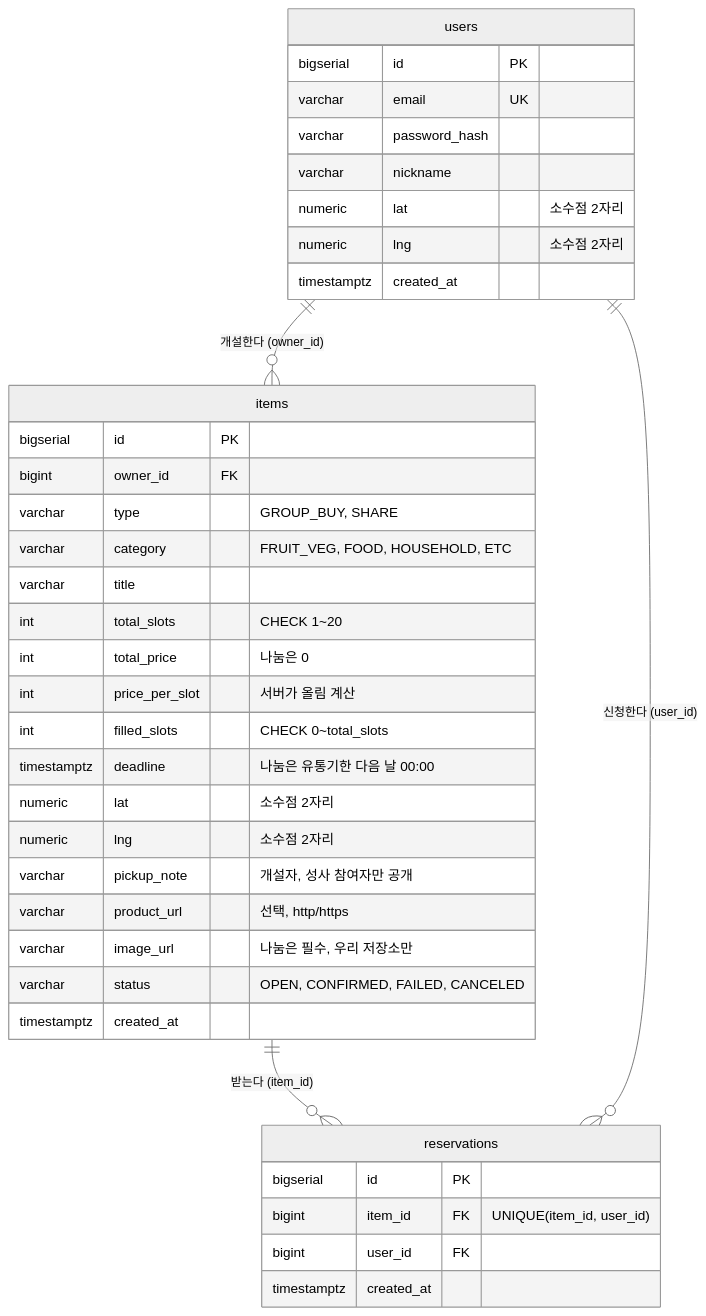
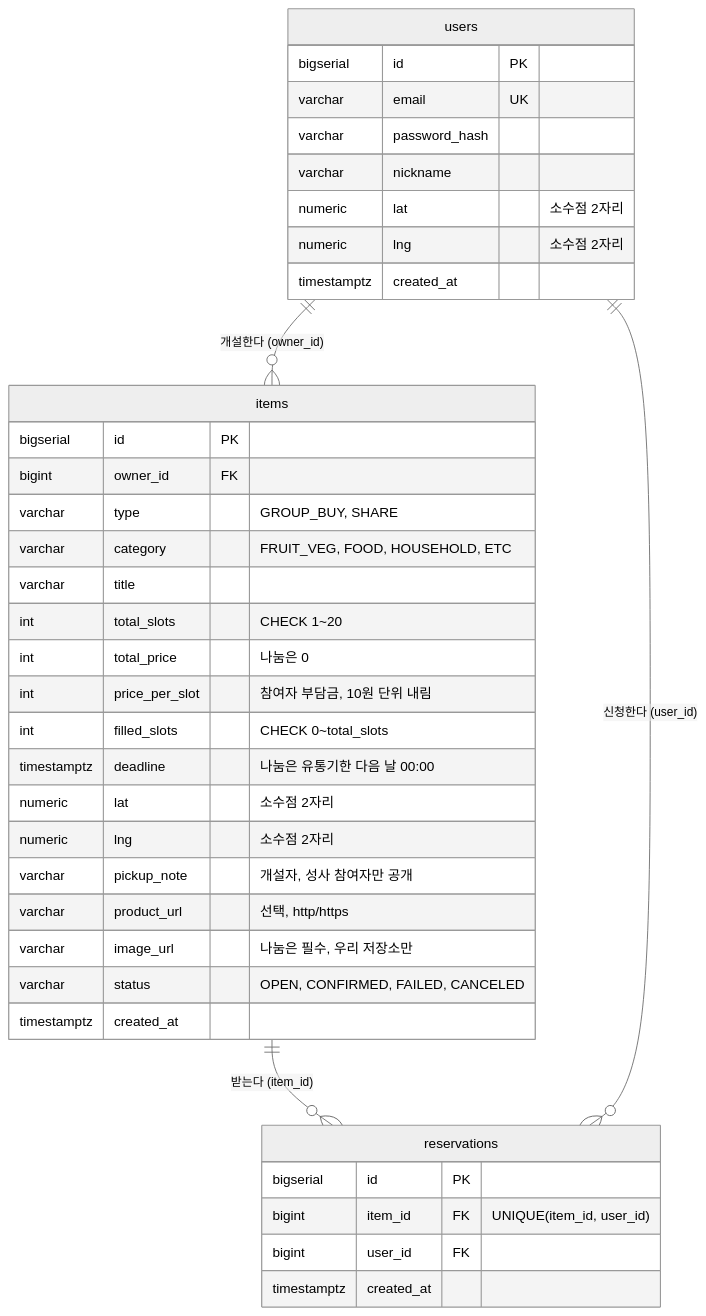
Before and after one commit to hgoose-avatye/together: the first of 11 diagrams in gachi-spec.md, drawn with Mermaid (neutral theme). The commit also changed other lines of this file and 2 other files, not shown here.

First line of the commit message:
기획서 v3.3: 부담금 규칙 변경

````diff
--- a/gachi-spec.md
+++ b/gachi-spec.md
@@ -214,43 +217,43 @@
 ```mermaid
 erDiagram
     users ||--o{ items : "개설한다 (owner_id)"
     items ||--o{ reservations : "받는다 (item_id)"
     users ||--o{ reservations : "신청한다 (user_id)"
 
     users {
         bigserial id PK
         varchar email UK
         varchar password_hash
         varchar nickname
         numeric lat "소수점 2자리"
         numeric lng "소수점 2자리"
         timestamptz created_at
     }
 
     items {
         bigserial id PK
         bigint owner_id FK
         varchar type "GROUP_BUY, SHARE"
         varchar category "FRUIT_VEG, FOOD, HOUSEHOLD, ETC"
         varchar title
         int total_slots "CHECK 1~20"
         int total_price "나눔은 0"
-        int price_per_slot "서버가 올림 계산"
+        int price_per_slot "참여자 부담금, 10원 단위 내림"
         int filled_slots "CHECK 0~total_slots"
         timestamptz deadline "나눔은 유통기한 다음 날 00:00"
         numeric lat "소수점 2자리"
         numeric lng "소수점 2자리"
         varchar pickup_note "개설자, 성사 참여자만 공개"
         varchar product_url "선택, http/https"
         varchar image_url "나눔은 필수, 우리 저장소만"
         varchar status "OPEN, CONFIRMED, FAILED, CANCELED"
         timestamptz created_at
     }
 
     reservations {
         bigserial id PK
         bigint item_id FK "UNIQUE(item_id, user_id)"
         bigint user_id FK
         timestamptz created_at
     }
 ```
````
